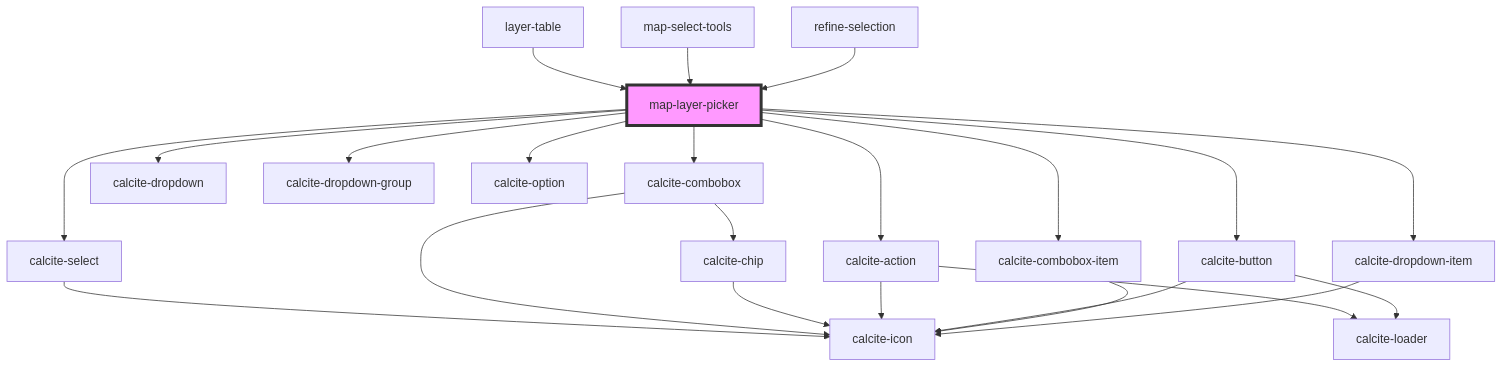
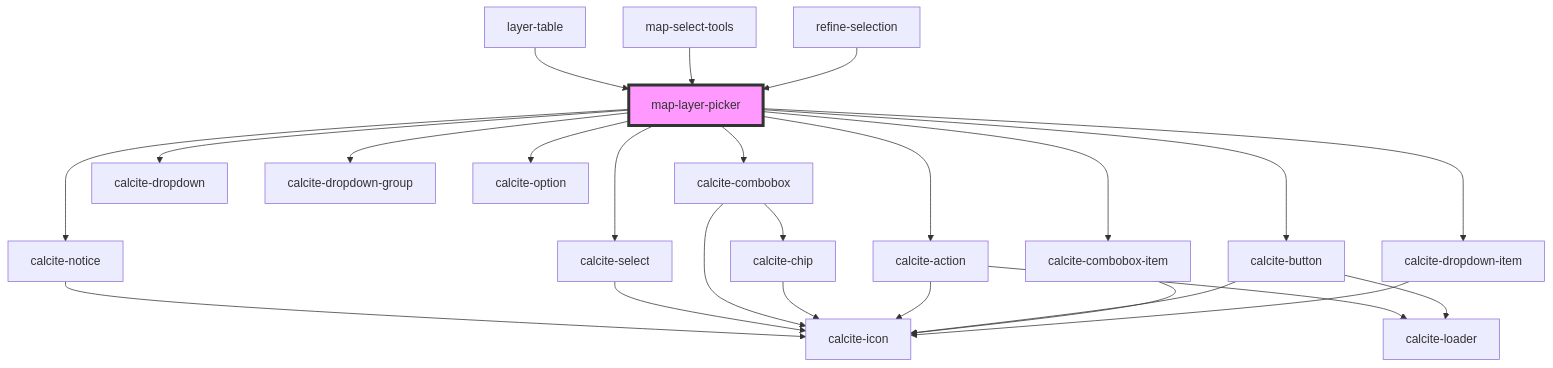
The diagram in src/components/map-layer-picker/readme.md (Esri/solutions-components), drawn with Mermaid before and after one commit. The commit also changed other lines of this file and 11 other files, not shown here.

````diff
--- a/src/components/map-layer-picker/readme.md
+++ b/src/components/map-layer-picker/readme.md
@@ -52,26 +54,28 @@
 ```mermaid
 graph TD;
+  map-layer-picker --> calcite-notice
   map-layer-picker --> calcite-select
   map-layer-picker --> calcite-combobox
   map-layer-picker --> calcite-dropdown
   map-layer-picker --> calcite-action
   map-layer-picker --> calcite-button
   map-layer-picker --> calcite-dropdown-group
   map-layer-picker --> calcite-combobox-item
   map-layer-picker --> calcite-option
   map-layer-picker --> calcite-dropdown-item
+  calcite-notice --> calcite-icon
   calcite-select --> calcite-icon
   calcite-combobox --> calcite-chip
   calcite-combobox --> calcite-icon
   calcite-chip --> calcite-icon
   calcite-action --> calcite-loader
   calcite-action --> calcite-icon
   calcite-button --> calcite-loader
   calcite-button --> calcite-icon
   calcite-combobox-item --> calcite-icon
   calcite-dropdown-item --> calcite-icon
   layer-table --> map-layer-picker
   map-select-tools --> map-layer-picker
   refine-selection --> map-layer-picker
   style map-layer-picker fill:#f9f,stroke:#333,stroke-width:4px
 ```
````
